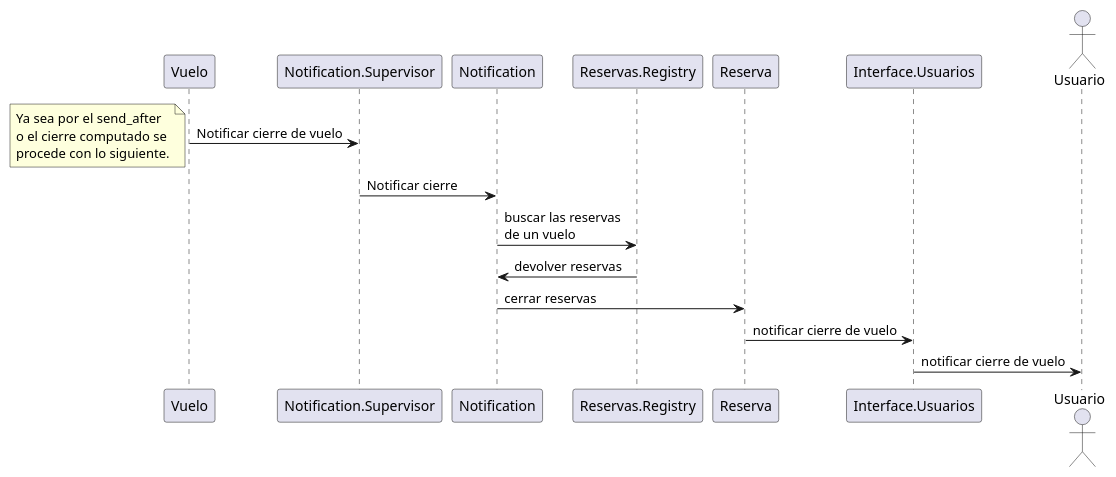
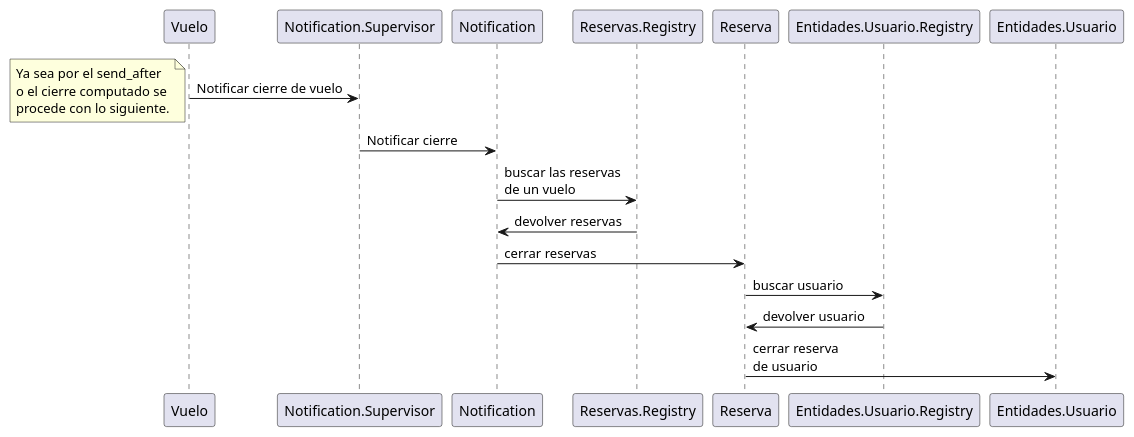
The diagram in docs/diagrams/secuencia_cierre_de_vuelo.puml (NicoMadd/levantar-vuelo), drawn with PlantUML before and after one commit. The commit also changed 1 other file, not shown here.

Commit message:
arreglo secuencia de cierre de vuelo

```diff
--- a/docs/diagrams/secuencia_cierre_de_vuelo.puml
+++ b/docs/diagrams/secuencia_cierre_de_vuelo.puml
@@ -1,20 +1,20 @@
 @startuml Secuencia Cierre de vuelo
 
 participant Vuelo
 participant Notification.Supervisor
 participant Notification
 participant Reservas.Registry
 participant Reserva
-participant Interface.Usuarios
-actor Usuario
+participant Entidades.Usuario.Registry
 
 Vuelo -> Notification.Supervisor: Notificar cierre de vuelo
 note left: Ya sea por el send_after \no el cierre computado se \nprocede con lo siguiente.
 Notification.Supervisor -> Notification: Notificar cierre
 Notification -> Reservas.Registry: buscar las reservas\nde un vuelo
 Reservas.Registry -> Notification: devolver reservas
 Notification -> Reserva: cerrar reservas
-Reserva -> Interface.Usuarios: notificar cierre de vuelo
-Interface.Usuarios -> Usuario: notificar cierre de vuelo
+Reserva -> Entidades.Usuario.Registry: buscar usuario
+Entidades.Usuario.Registry -> Reserva: devolver usuario
+Reserva -> Entidades.Usuario: cerrar reserva\nde usuario
 
 @enduml
```
